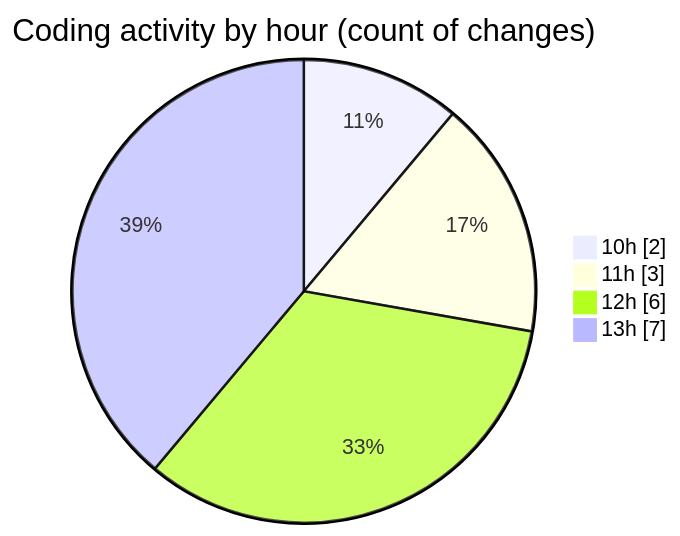
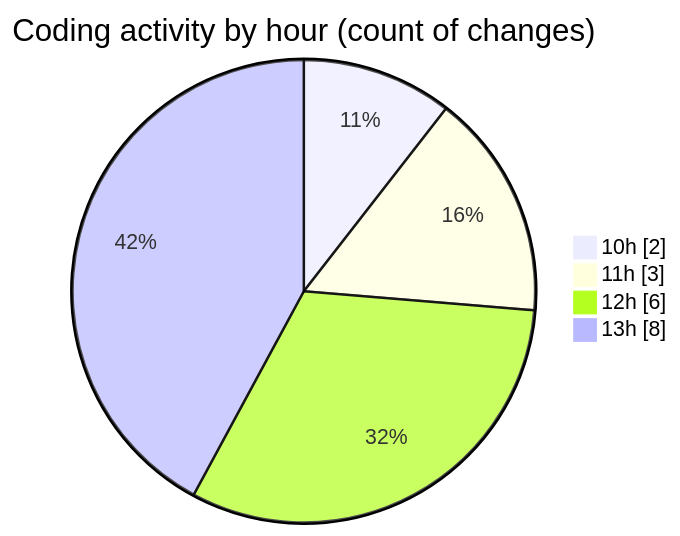
One commit to momahboobian/code-tracking changed the second of 2 diagrams in 2026-11-11/cda/README.md. Above: the diagram before and after it, drawn with Mermaid. The commit also changed other lines of this file and 1 other file, not shown here.

````diff
--- a/2026-11-11/cda/README.md
+++ b/2026-11-11/cda/README.md
@@ -31,8 +33,8 @@
 ```mermaid
 pie showData
 title Coding activity by hour (count of changes)
 "10h" : 2
 "11h" : 3
 "12h" : 6
-"13h" : 7
+"13h" : 8
 ```
````
